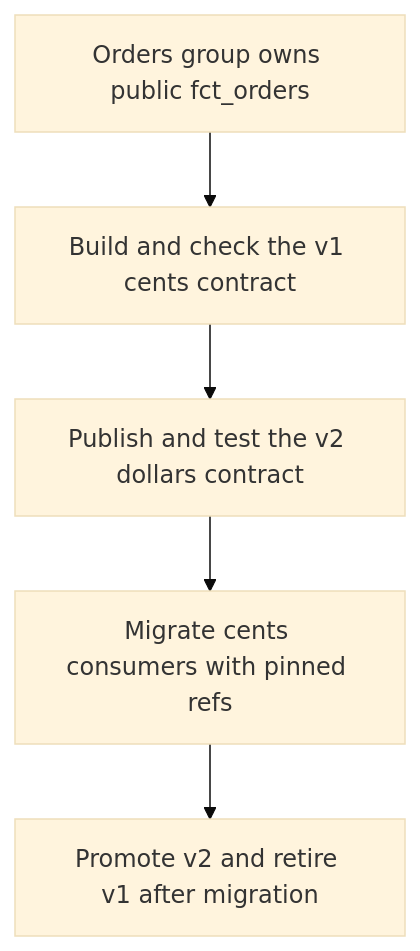
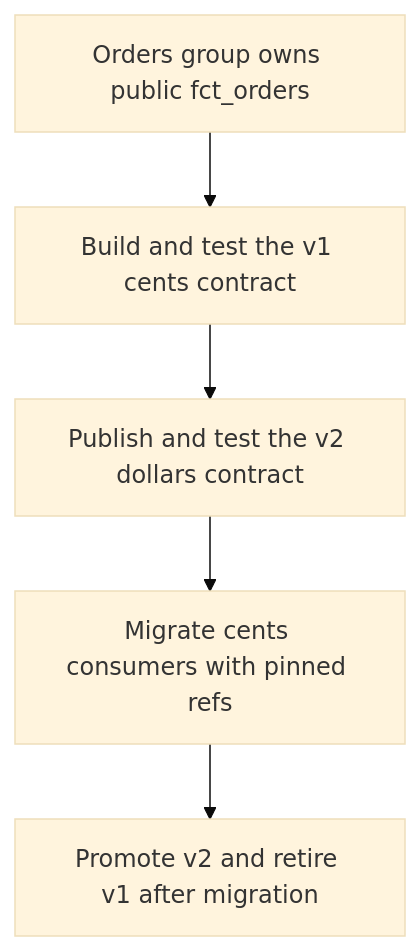
The diagram in docs/lessons/0029-contracts-model-versions-and-groups.md (Rohit1024/dbt-learn), drawn with Mermaid (base theme) before and after one commit. The commit also changed other lines of this file and 44 other files, not shown here.

````diff
--- a/docs/lessons/0029-contracts-model-versions-and-groups.md
+++ b/docs/lessons/0029-contracts-model-versions-and-groups.md
@@ -17,7 +34,7 @@
 ```mermaid
 flowchart TD
-    A["Orders group owns public fct_orders"] --> B["Build and check the v1 cents contract"]
+    A["Orders group owns public fct_orders"] --> B["Build and test the v1 cents contract"]
     B --> C["Publish and test the v2 dollars contract"]
     C --> D["Migrate cents consumers with pinned refs"]
     D --> E["Promote v2 and retire v1 after migration"]
 ```
````
